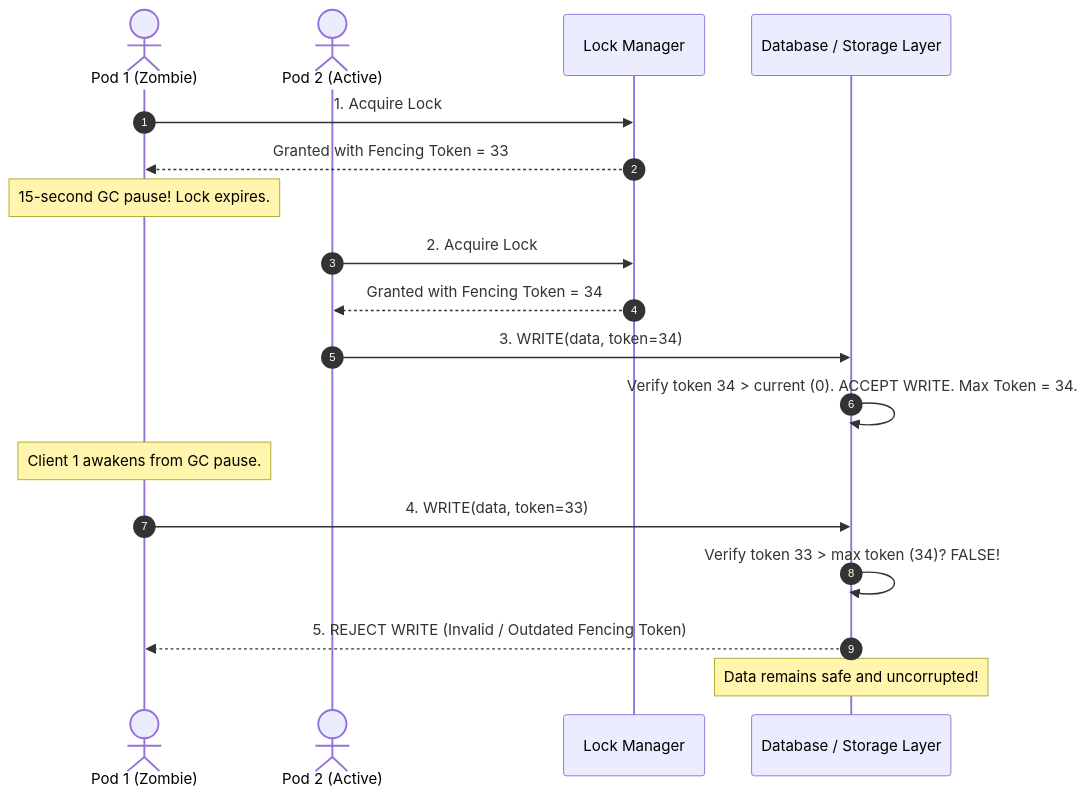
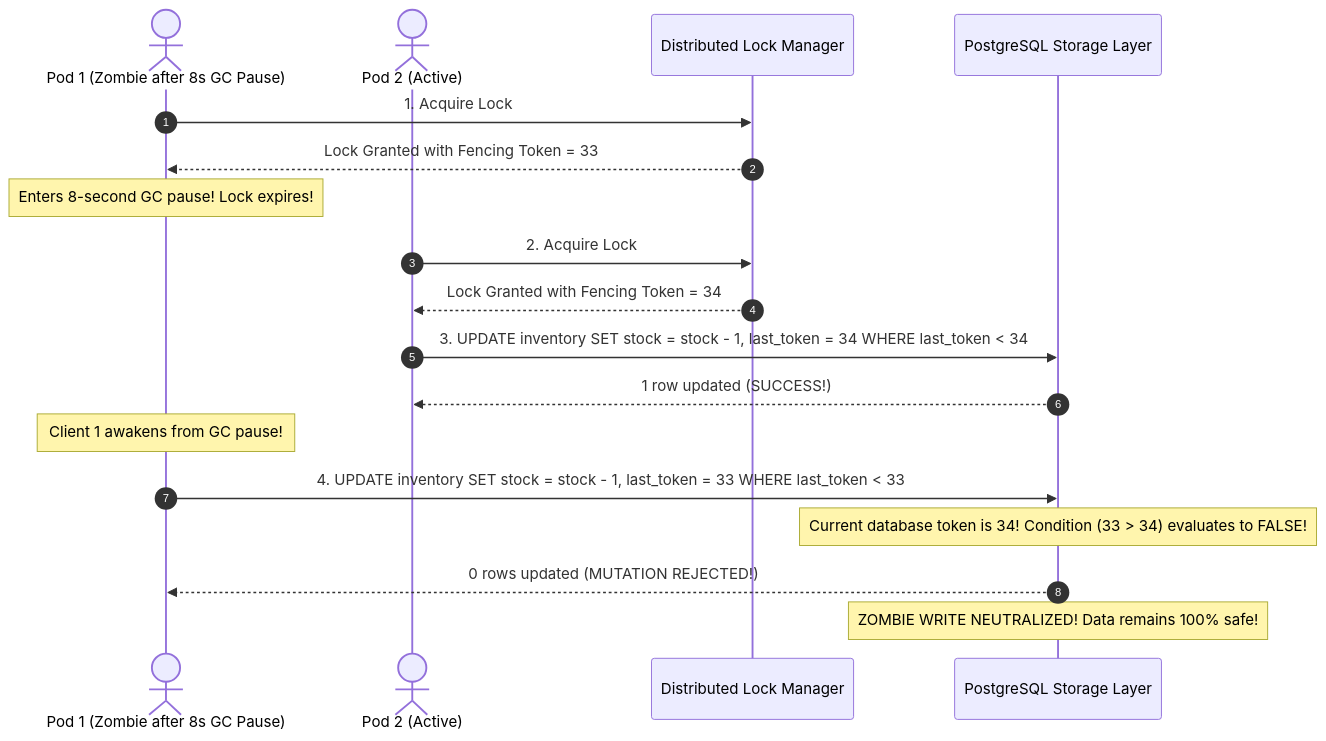
Before and after one commit to weaponxwolf/backend-engineering-mastry: the fifth of 7 diagrams in docs/system-design/distributed-locks-consensus.mdx, drawn with Mermaid. The commit also changed other lines of this file and 15 other files, not shown here.

````diff
--- a/docs/system-design/distributed-locks-consensus.mdx
+++ b/docs/system-design/distributed-locks-consensus.mdx
@@ -75,24 +197,25 @@
 ```mermaid
 sequenceDiagram
     autonumber
-    actor Client1 as Pod 1 (Zombie)
+    actor Client1 as Pod 1 (Zombie after 8s GC Pause)
     actor Client2 as Pod 2 (Active)
-    participant LockMgr as Lock Manager
-    participant Storage as Database / Storage Layer
+    participant LockMgr as Distributed Lock Manager
+    participant DB as PostgreSQL Storage Layer
 
     Client1->>LockMgr: 1. Acquire Lock
-    LockMgr-->>Client1: Granted with Fencing Token = 33
+    LockMgr-->>Client1: Lock Granted with Fencing Token = 33
     
-    Note over Client1: 15-second GC pause! Lock expires.
+    Note over Client1: Enters 8-second GC pause! Lock expires!
     
     Client2->>LockMgr: 2. Acquire Lock
-    LockMgr-->>Client2: Granted with Fencing Token = 34
-    Client2->>Storage: 3. WRITE(data, token=34)
-    Storage->>Storage: Verify token 34 > current (0). ACCEPT WRITE. Max Token = 34.
+    LockMgr-->>Client2: Lock Granted with Fencing Token = 34
     
-    Note over Client1: Client 1 awakens from GC pause.
-    Client1->>Storage: 4. WRITE(data, token=33)
-    Storage->>Storage: Verify token 33 > max token (34)? FALSE!
-    Storage-->>Client1: 5. REJECT WRITE (Invalid / Outdated Fencing Token)
-    Note over Storage: Data remains safe and uncorrupted!
+    Client2->>DB: 3. UPDATE inventory SET stock = stock - 1, last_token = 34 WHERE last_token < 34
+    DB-->>Client2: 1 row updated (SUCCESS!)
+    
+    Note over Client1: Client 1 awakens from GC pause!
+    Client1->>DB: 4. UPDATE inventory SET stock = stock - 1, last_token = 33 WHERE last_token < 33
+    Note over DB: Current database token is 34! Condition (33 > 34) evaluates to FALSE!
+    DB-->>Client1: 0 rows updated (MUTATION REJECTED!)
+    Note over DB: ZOMBIE WRITE NEUTRALIZED! Data remains 100% safe!
 ```
````
